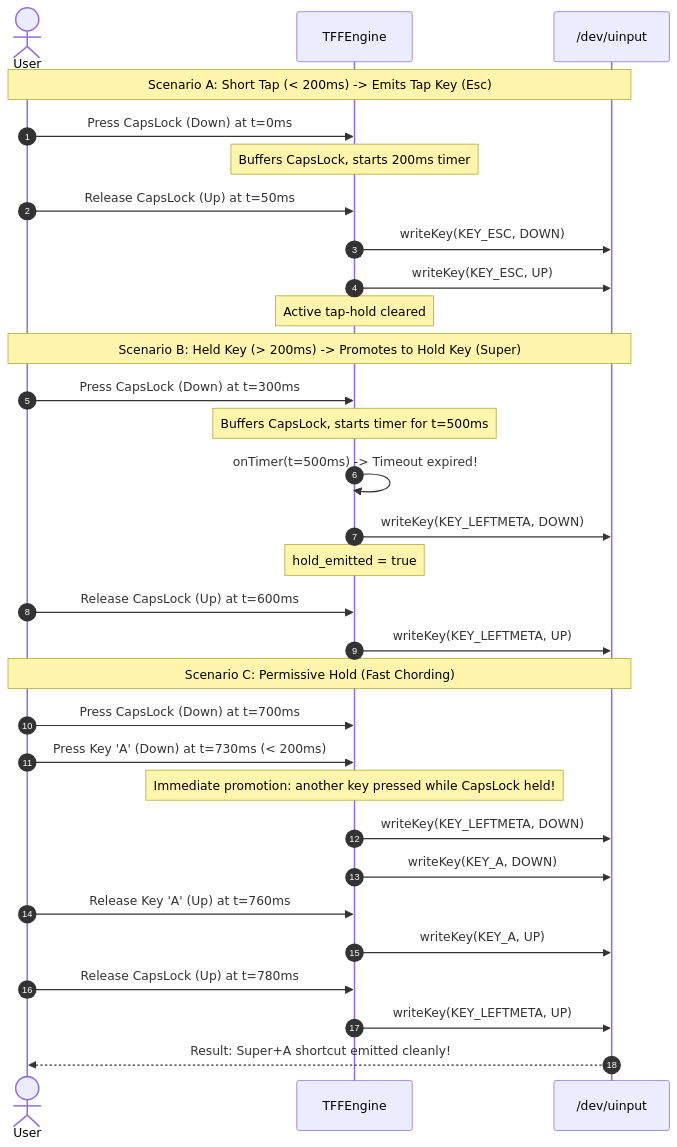
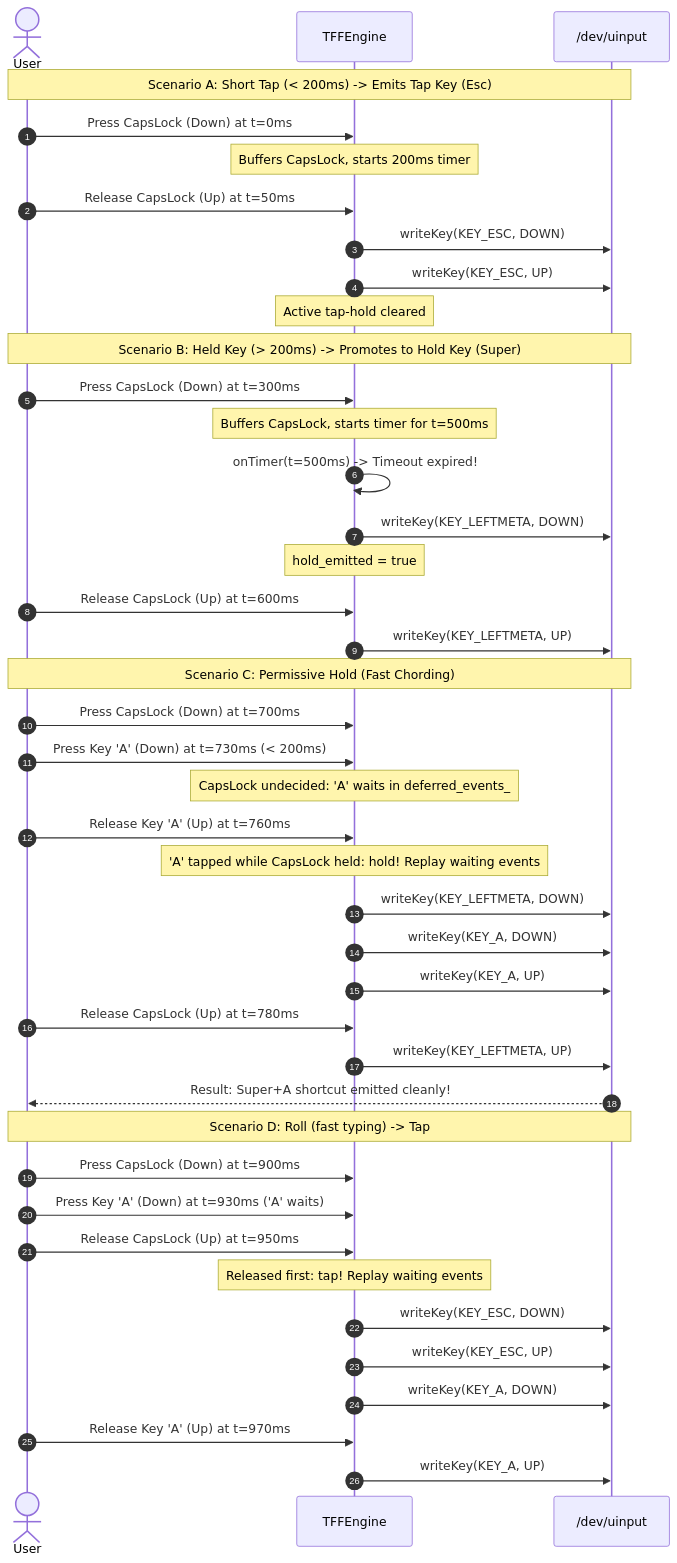
Before and after one commit to guettli/tff2: the fourth of 8 diagrams in docs/architecture.md, drawn with Mermaid. The commit also changed 10 other files, not shown here.

First line of the commit message:
Tap-hold: permissive hold, so fast rolls are taps (#117)

````diff
--- a/docs/architecture.md
+++ b/docs/architecture.md
@@ -165,36 +165,48 @@
 ```mermaid
 sequenceDiagram
     autonumber
     actor User
     participant Engine as TFFEngine
     participant Virtual as /dev/uinput
 
     Note over User,Virtual: Scenario A: Short Tap (< 200ms) -> Emits Tap Key (Esc)
     User->>Engine: Press CapsLock (Down) at t=0ms
     Note over Engine: Buffers CapsLock, starts 200ms timer
     User->>Engine: Release CapsLock (Up) at t=50ms
     Engine->>Virtual: writeKey(KEY_ESC, DOWN)
     Engine->>Virtual: writeKey(KEY_ESC, UP)
     Note over Engine: Active tap-hold cleared
 
     Note over User,Virtual: Scenario B: Held Key (> 200ms) -> Promotes to Hold Key (Super)
     User->>Engine: Press CapsLock (Down) at t=300ms
     Note over Engine: Buffers CapsLock, starts timer for t=500ms
     Engine->>Engine: onTimer(t=500ms) -> Timeout expired!
     Engine->>Virtual: writeKey(KEY_LEFTMETA, DOWN)
     Note over Engine: hold_emitted = true
     User->>Engine: Release CapsLock (Up) at t=600ms
     Engine->>Virtual: writeKey(KEY_LEFTMETA, UP)
 
     Note over User,Virtual: Scenario C: Permissive Hold (Fast Chording)
     User->>Engine: Press CapsLock (Down) at t=700ms
     User->>Engine: Press Key 'A' (Down) at t=730ms (< 200ms)
-    Note over Engine: Immediate promotion: another key pressed while CapsLock held!
+    Note over Engine: CapsLock undecided: 'A' waits in deferred_events_
+    User->>Engine: Release Key 'A' (Up) at t=760ms
+    Note over Engine: 'A' tapped while CapsLock held: hold! Replay waiting events
     Engine->>Virtual: writeKey(KEY_LEFTMETA, DOWN)
     Engine->>Virtual: writeKey(KEY_A, DOWN)
-    User->>Engine: Release Key 'A' (Up) at t=760ms
     Engine->>Virtual: writeKey(KEY_A, UP)
     User->>Engine: Release CapsLock (Up) at t=780ms
     Engine->>Virtual: writeKey(KEY_LEFTMETA, UP)
     Virtual-->>User: Result: Super+A shortcut emitted cleanly!
+
+    Note over User,Virtual: Scenario D: Roll (fast typing) -> Tap
+    User->>Engine: Press CapsLock (Down) at t=900ms
+    User->>Engine: Press Key 'A' (Down) at t=930ms ('A' waits)
+    User->>Engine: Release CapsLock (Up) at t=950ms
+    Note over Engine: Released first: tap! Replay waiting events
+    Engine->>Virtual: writeKey(KEY_ESC, DOWN)
+    Engine->>Virtual: writeKey(KEY_ESC, UP)
+    Engine->>Virtual: writeKey(KEY_A, DOWN)
+    User->>Engine: Release Key 'A' (Up) at t=970ms
+    Engine->>Virtual: writeKey(KEY_A, UP)
 ```
````
